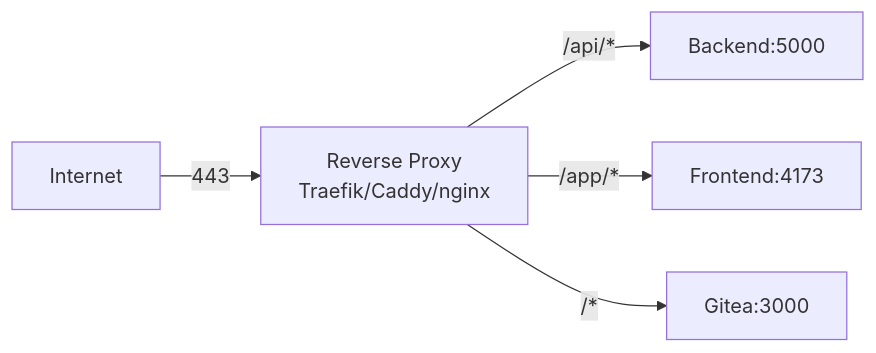
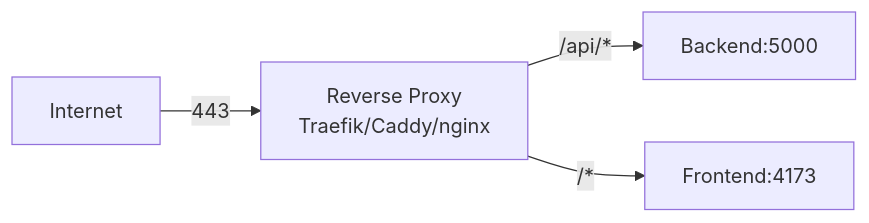
The sixth of 6 diagrams in ARCHITECTURE.md (marine-term-translations/mtt-self-host-platform), drawn with Mermaid before and after one commit. The commit also changed other lines of this file and 2 other files, not shown here.

Commit message:
Update README, ARCHITECTURE, and SETUP docs to reflect simplified 2-service architecture

````diff
--- a/ARCHITECTURE.md
+++ b/ARCHITECTURE.md
@@ -374,7 +317,6 @@
 ```mermaid
 graph LR
     Internet -->|443| RP[Reverse Proxy<br/>Traefik/Caddy/nginx]
     RP -->|/api/*| BE[Backend:5000]
-    RP -->|/app/*| FE[Frontend:4173]
-    RP -->|/*| G[Gitea:3000]
+    RP -->|/*| FE[Frontend:4173]
 ```
````
